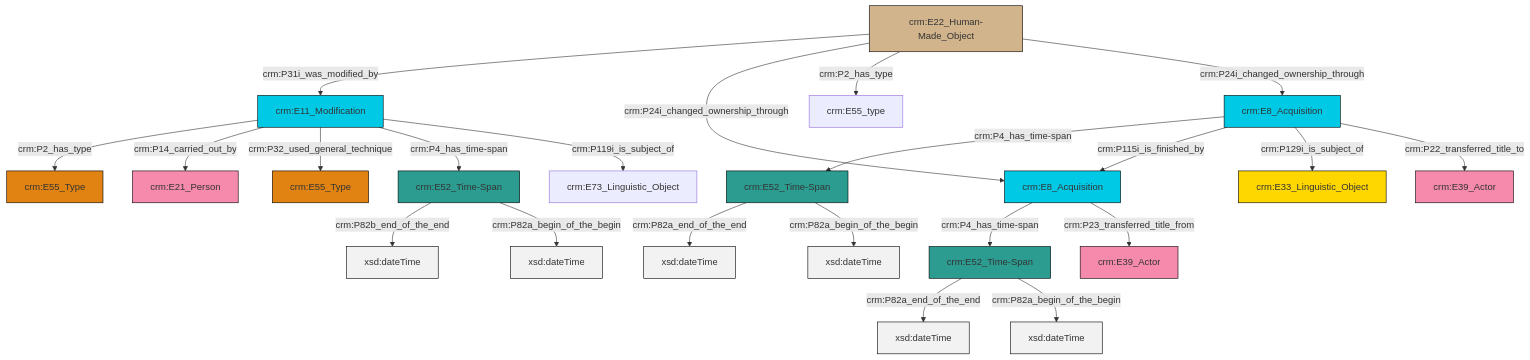
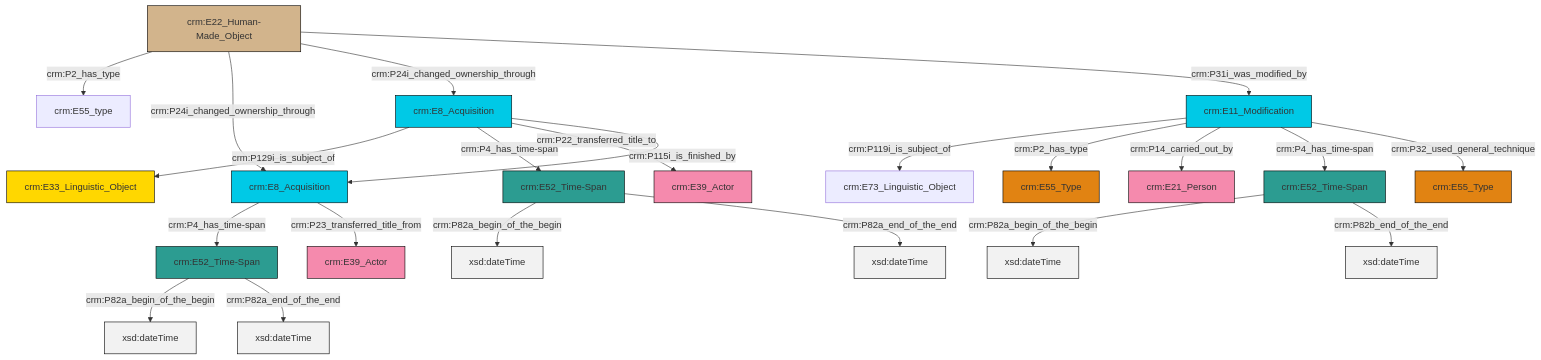
One commit to swiss-art-research-net/reference-data-models changed the diagram in et/artworkCSV/ttl/mmd/Artwork_Events.ttl.mmd. Above: the diagram before and after it, drawn with Mermaid. The commit also changed 126 other files, not shown here.

```diff
--- a/et/artworkCSV/ttl/mmd/Artwork_Events.ttl.mmd
+++ b/et/artworkCSV/ttl/mmd/Artwork_Events.ttl.mmd
@@ -1,36 +1,36 @@
 graph TD
 classDef Literal fill:#f2f2f2,stroke:#000000;
 classDef CRM_Entity fill:#FFFFFF,stroke:#000000;
 classDef Temporal_Entity fill:#00C9E6, stroke:#000000;
 classDef Type fill:#E18312, stroke:#000000;
 classDef Time-Span fill:#2C9C91, stroke:#000000;
 classDef Appellation fill:#FFEB7F, stroke:#000000;
 classDef Place fill:#008836, stroke:#000000;
 classDef Persistent_Item fill:#B266B2, stroke:#000000;
 classDef Conceptual_Object fill:#FFD700, stroke:#000000;
 classDef Physical_Thing fill:#D2B48C, stroke:#000000;
 classDef Actor fill:#f58aad, stroke:#000000;
 classDef PC_Classes fill:#4ce600, stroke:#000000;
 classDef Multi fill:#cccccc,stroke:#000000;
 
-0["crm:E11_Modification"]:::Temporal_Entity -->|crm:P2_has_type| 1["crm:E55_Type"]:::Type
-0["crm:E11_Modification"]:::Temporal_Entity -->|crm:P14_carried_out_by| 2["crm:E21_Person"]:::Actor
-3["crm:E22_Human-Made_Object"]:::Physical_Thing -->|crm:P31i_was_modified_by| 0["crm:E11_Modification"]:::Temporal_Entity
-4["crm:E8_Acquisition"]:::Temporal_Entity -->|crm:P4_has_time-span| 5["crm:E52_Time-Span"]:::Time-Span
-3["crm:E22_Human-Made_Object"]:::Physical_Thing -->|crm:P24i_changed_ownership_through| 7["crm:E8_Acquisition"]:::Temporal_Entity
-8["crm:E52_Time-Span"]:::Time-Span -->|crm:P82b_end_of_the_end| 9[xsd:dateTime]:::Literal
-5["crm:E52_Time-Span"]:::Time-Span -->|crm:P82a_end_of_the_end| 10[xsd:dateTime]:::Literal
-3["crm:E22_Human-Made_Object"]:::Physical_Thing -->|crm:P2_has_type| 13["crm:E55_type"]:::Default
-8["crm:E52_Time-Span"]:::Time-Span -->|crm:P82a_begin_of_the_begin| 14[xsd:dateTime]:::Literal
-4["crm:E8_Acquisition"]:::Temporal_Entity -->|crm:P115i_is_finished_by| 7["crm:E8_Acquisition"]:::Temporal_Entity
-0["crm:E11_Modification"]:::Temporal_Entity -->|crm:P32_used_general_technique| 16["crm:E55_Type"]:::Type
-3["crm:E22_Human-Made_Object"]:::Physical_Thing -->|crm:P24i_changed_ownership_through| 4["crm:E8_Acquisition"]:::Temporal_Entity
-7["crm:E8_Acquisition"]:::Temporal_Entity -->|crm:P4_has_time-span| 17["crm:E52_Time-Span"]:::Time-Span
-4["crm:E8_Acquisition"]:::Temporal_Entity -->|crm:P129i_is_subject_of| 22["crm:E33_Linguistic_Object"]:::Conceptual_Object
-0["crm:E11_Modification"]:::Temporal_Entity -->|crm:P4_has_time-span| 8["crm:E52_Time-Span"]:::Time-Span
-17["crm:E52_Time-Span"]:::Time-Span -->|crm:P82a_end_of_the_end| 27[xsd:dateTime]:::Literal
-17["crm:E52_Time-Span"]:::Time-Span -->|crm:P82a_begin_of_the_begin| 28[xsd:dateTime]:::Literal
-7["crm:E8_Acquisition"]:::Temporal_Entity -->|crm:P23_transferred_title_from| 29["crm:E39_Actor"]:::Actor
-5["crm:E52_Time-Span"]:::Time-Span -->|crm:P82a_begin_of_the_begin| 35[xsd:dateTime]:::Literal
-0["crm:E11_Modification"]:::Temporal_Entity -->|crm:P119i_is_subject_of| 32["crm:E73_Linguistic_Object"]:::Default
-4["crm:E8_Acquisition"]:::Temporal_Entity -->|crm:P22_transferred_title_to| 24["crm:E39_Actor"]:::Actor
+0["crm:E8_Acquisition"]:::Temporal_Entity -->|crm:P129i_is_subject_of| 1["crm:E33_Linguistic_Object"]:::Conceptual_Object
+2["crm:E8_Acquisition"]:::Temporal_Entity -->|crm:P4_has_time-span| 4["crm:E52_Time-Span"]:::Time-Span
+4["crm:E52_Time-Span"]:::Time-Span -->|crm:P82a_begin_of_the_begin| 7[xsd:dateTime]:::Literal
+0["crm:E8_Acquisition"]:::Temporal_Entity -->|crm:P4_has_time-span| 5["crm:E52_Time-Span"]:::Time-Span
+5["crm:E52_Time-Span"]:::Time-Span -->|crm:P82a_begin_of_the_begin| 8[xsd:dateTime]:::Literal
+9["crm:E11_Modification"]:::Temporal_Entity -->|crm:P119i_is_subject_of| 10["crm:E73_Linguistic_Object"]:::Default
+11["crm:E52_Time-Span"]:::Time-Span -->|crm:P82a_begin_of_the_begin| 12[xsd:dateTime]:::Literal
+16["crm:E22_Human-Made_Object"]:::Physical_Thing -->|crm:P2_has_type| 17["crm:E55_type"]:::Default
+9["crm:E11_Modification"]:::Temporal_Entity -->|crm:P2_has_type| 19["crm:E55_Type"]:::Type
+9["crm:E11_Modification"]:::Temporal_Entity -->|crm:P14_carried_out_by| 22["crm:E21_Person"]:::Actor
+2["crm:E8_Acquisition"]:::Temporal_Entity -->|crm:P23_transferred_title_from| 20["crm:E39_Actor"]:::Actor
+0["crm:E8_Acquisition"]:::Temporal_Entity -->|crm:P22_transferred_title_to| 14["crm:E39_Actor"]:::Actor
+9["crm:E11_Modification"]:::Temporal_Entity -->|crm:P4_has_time-span| 11["crm:E52_Time-Span"]:::Time-Span
+9["crm:E11_Modification"]:::Temporal_Entity -->|crm:P32_used_general_technique| 27["crm:E55_Type"]:::Type
+16["crm:E22_Human-Made_Object"]:::Physical_Thing -->|crm:P24i_changed_ownership_through| 2["crm:E8_Acquisition"]:::Temporal_Entity
+5["crm:E52_Time-Span"]:::Time-Span -->|crm:P82a_end_of_the_end| 32[xsd:dateTime]:::Literal
+16["crm:E22_Human-Made_Object"]:::Physical_Thing -->|crm:P24i_changed_ownership_through| 0["crm:E8_Acquisition"]:::Temporal_Entity
+11["crm:E52_Time-Span"]:::Time-Span -->|crm:P82b_end_of_the_end| 33[xsd:dateTime]:::Literal
+4["crm:E52_Time-Span"]:::Time-Span -->|crm:P82a_end_of_the_end| 34[xsd:dateTime]:::Literal
+16["crm:E22_Human-Made_Object"]:::Physical_Thing -->|crm:P31i_was_modified_by| 9["crm:E11_Modification"]:::Temporal_Entity
+0["crm:E8_Acquisition"]:::Temporal_Entity -->|crm:P115i_is_finished_by| 2["crm:E8_Acquisition"]:::Temporal_Entity
```
